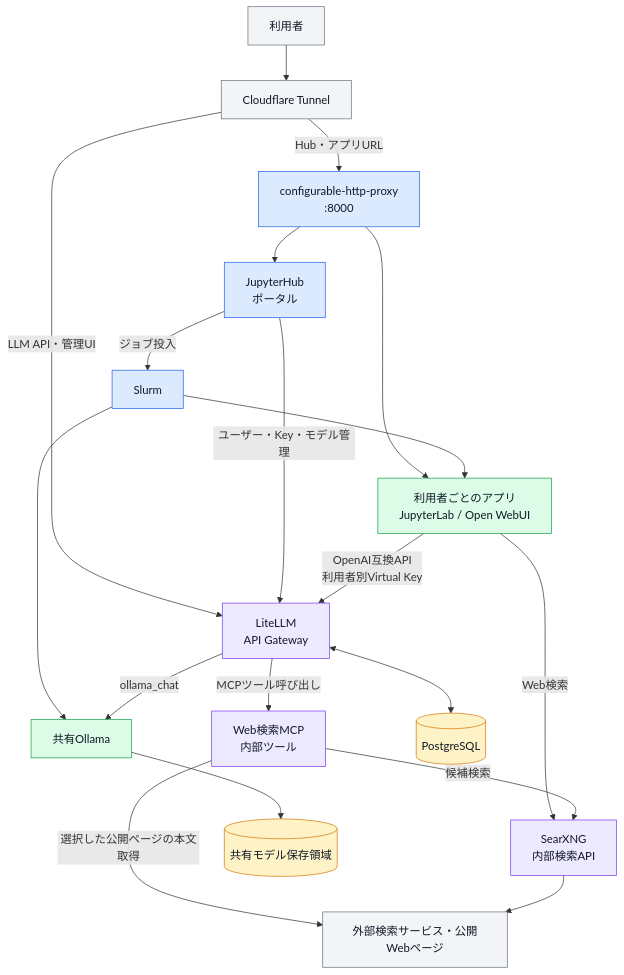
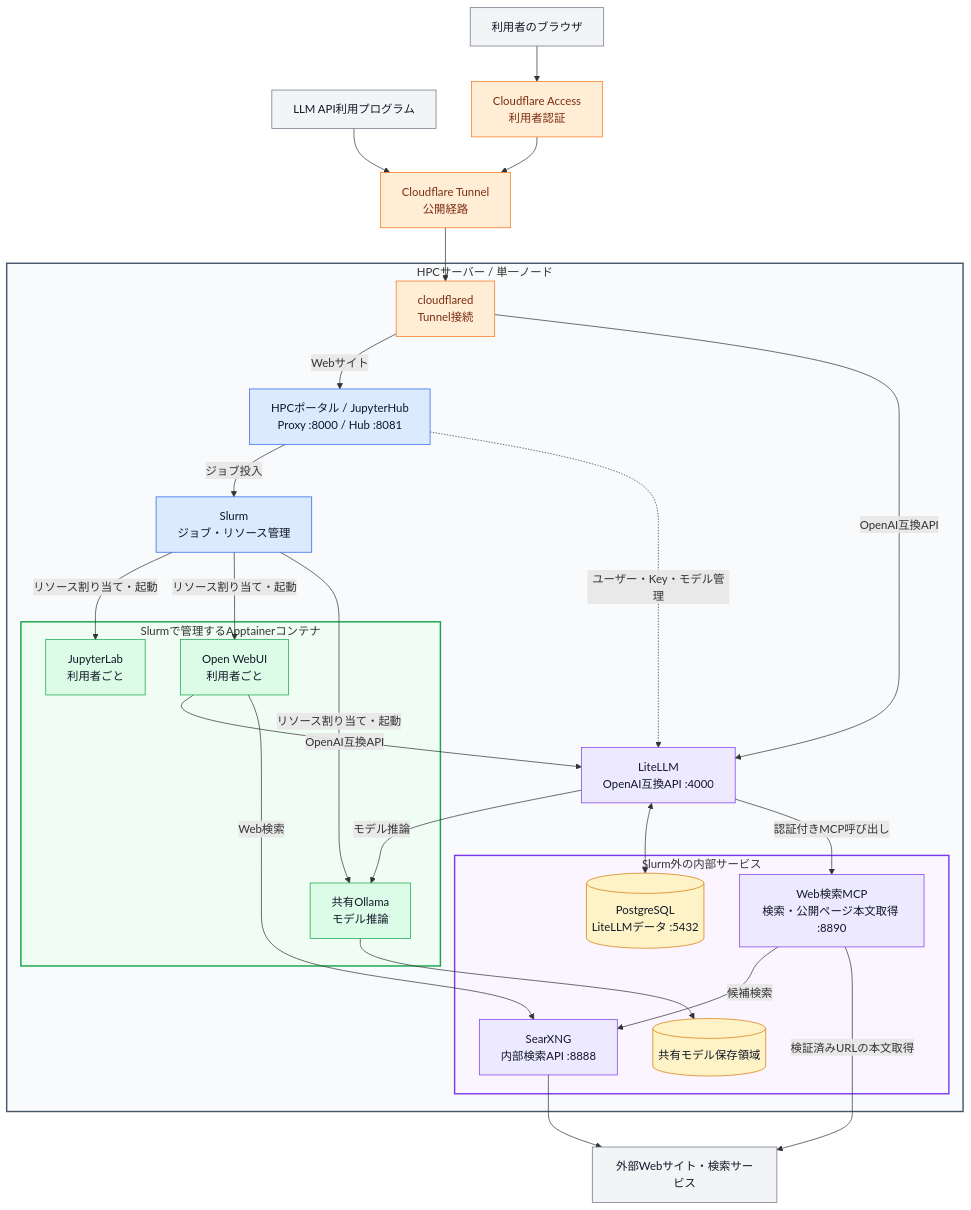
The first of 2 diagrams in README.md (koichi2426/HPC-portal), drawn with Mermaid before and after one commit. The commit also changed other lines of this file and 1 other file, not shown here.

Commit message:
[docs] README構成図を汎用的な階層表示に整理した

````diff
--- a/README.md
+++ b/README.md
@@ -23,44 +23,66 @@
 ```mermaid
 flowchart TB
-    User[利用者] --> CF[Cloudflare Tunnel]
-    Proxy[configurable-http-proxy<br/>:8000]
-    JHub[JupyterHub<br/>ポータル]
-    Slurm[Slurm]
-    Apps[利用者ごとのアプリ<br/>JupyterLab / Open WebUI]
-    LiteLLM[LiteLLM<br/>API Gateway]
-    SearchMCP[Web検索MCP<br/>内部ツール]
-    SearXNG[SearXNG<br/>内部検索API]
-    Ollama[共有Ollama]
-    DB[(PostgreSQL)]
-    Models[(共有モデル保存領域)]
-    Search[外部検索サービス・公開Webページ]
+    Browser["利用者のブラウザ"]
+    APIClient["LLM API利用プログラム"]
+    Access["Cloudflare Access<br/>利用者認証"]
+    Tunnel["Cloudflare Tunnel<br/>公開経路"]
+    Internet["外部Webサイト・検索サービス"]
 
-    CF -->|Hub・アプリURL| Proxy
-    CF -->|LLM API・管理UI| LiteLLM
-    Proxy --> JHub
-    Proxy --> Apps
-    JHub -->|ジョブ投入| Slurm
-    Slurm --> Apps
-    Slurm --> Ollama
-    JHub -->|ユーザー・Key・モデル管理| LiteLLM
-    Apps -->|OpenAI互換API<br/>利用者別Virtual Key| LiteLLM
-    Apps -->|Web検索| SearXNG
-    LiteLLM -->|MCPツール呼び出し| SearchMCP
+    Browser --> Access --> Tunnel
+    APIClient --> Tunnel
+
+    subgraph Server["HPCサーバー / 単一ノード"]
+        Cloudflared["cloudflared<br/>Tunnel接続"]
+        Portal["HPCポータル / JupyterHub<br/>Proxy :8000 / Hub :8081"]
+        Slurm["Slurm<br/>ジョブ・リソース管理"]
+        LiteLLM["LiteLLM<br/>OpenAI互換API :4000"]
+
+        subgraph Containers["Slurmで管理するApptainerコンテナ"]
+            Jupyter["JupyterLab<br/>利用者ごと"]
+            WebUI["Open WebUI<br/>利用者ごと"]
+            Ollama["共有Ollama<br/>モデル推論"]
+        end
+
+        subgraph Services["Slurm外の内部サービス"]
+            SearchMCP["Web検索MCP<br/>検索・公開ページ本文取得 :8890"]
+            SearXNG["SearXNG<br/>内部検索API :8888"]
+            DB[("PostgreSQL<br/>LiteLLMデータ :5432")]
+            Models[("共有モデル保存領域")]
+        end
+    end
+
+    Tunnel --> Cloudflared
+    Cloudflared -->|Webサイト| Portal
+    Cloudflared -->|OpenAI互換API| LiteLLM
+    Portal -->|ジョブ投入| Slurm
+    Slurm -->|リソース割り当て・起動| Jupyter
+    Slurm -->|リソース割り当て・起動| WebUI
+    Slurm -->|リソース割り当て・起動| Ollama
+    Portal -.->|ユーザー・Key・モデル管理| LiteLLM
+    WebUI -->|OpenAI互換API| LiteLLM
+    LiteLLM -->|モデル推論| Ollama
+    LiteLLM <--> DB
+    Ollama --> Models
+    WebUI -->|Web検索| SearXNG
+    LiteLLM -->|認証付きMCP呼び出し| SearchMCP
     SearchMCP -->|候補検索| SearXNG
-    SearchMCP -->|選択した公開ページの本文取得| Search
-    LiteLLM <--> DB
-    LiteLLM -->|ollama_chat| Ollama
-    Ollama --> Models
-    SearXNG --> Search
+    SearchMCP -->|検証済みURLの本文取得| Internet
+    SearXNG --> Internet
 
     classDef external fill:#f3f4f6,stroke:#6b7280,color:#111827
+    classDef cloudflare fill:#ffedd5,stroke:#f97316,color:#7c2d12
     classDef control fill:#dbeafe,stroke:#2563eb,color:#111827
     classDef workload fill:#dcfce7,stroke:#16a34a,color:#111827
     classDef service fill:#ede9fe,stroke:#7c3aed,color:#111827
     classDef data fill:#fef3c7,stroke:#d97706,color:#111827
-    class User,CF,Search external
-    class Proxy,JHub,Slurm control
-    class Apps,Ollama workload
+    class Browser,APIClient,Internet external
+    class Access,Tunnel,Cloudflared cloudflare
+    class Portal,Slurm control
+    class Jupyter,WebUI,Ollama workload
     class LiteLLM,SearchMCP,SearXNG service
     class DB,Models data
+
+    style Server fill:#f8fafc,stroke:#475569,stroke-width:2px
+    style Containers fill:#f0fdf4,stroke:#16a34a,stroke-width:2px
+    style Services fill:#faf5ff,stroke:#7c3aed,stroke-width:2px
 ```
````
